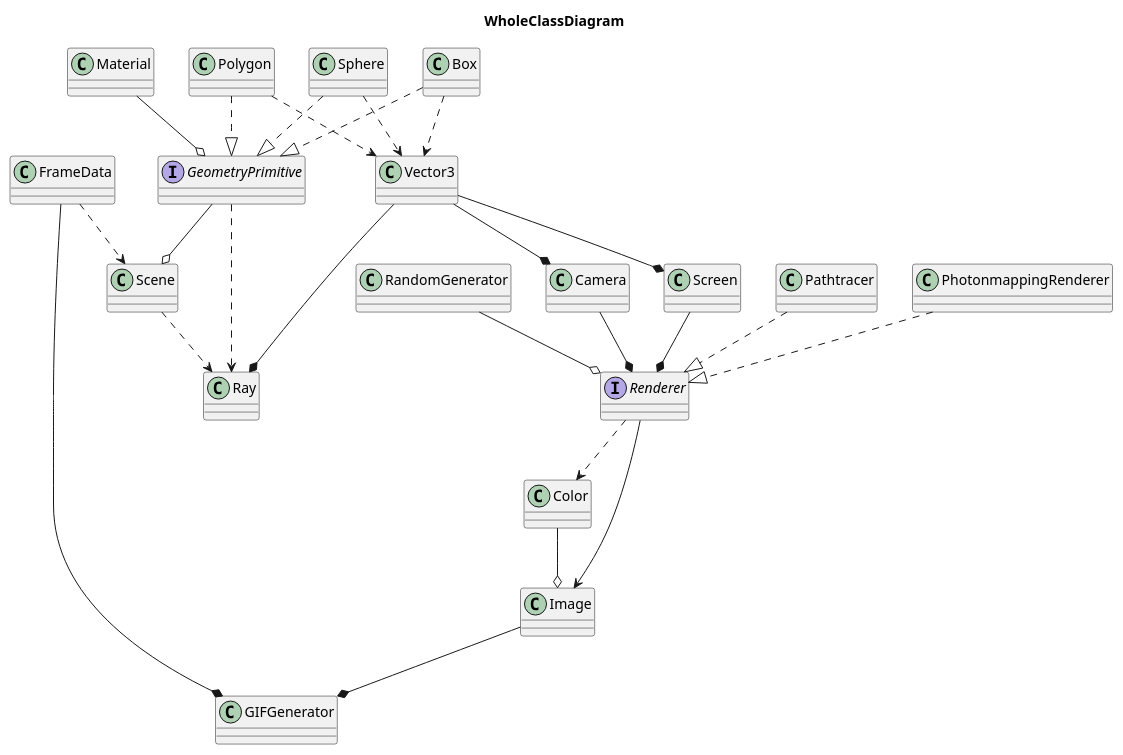
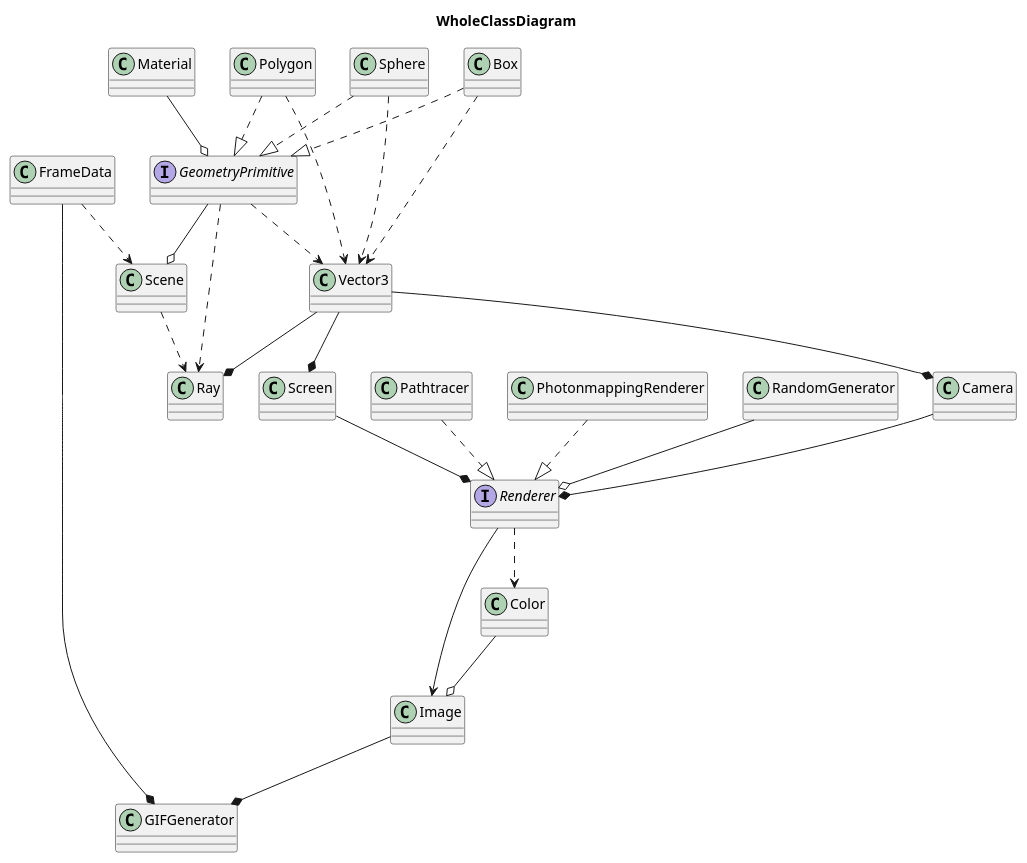
The diagram in Raydiant/class_diagram.pu (Nao-Shirotsu/PBRenderer_Raydiant), drawn with PlantUML before and after one commit. The commit also changed 7 other files, not shown here.

```diff
--- a/Raydiant/class_diagram.pu
+++ b/Raydiant/class_diagram.pu
@@ -1,32 +1,33 @@
 @startuml
 title WholeClassDiagram
 
 interface GeometryPrimitive
 interface Renderer
 
 Vector3 --* Ray
 Vector3 --* Camera
 Vector3 --* Screen
 GeometryPrimitive --o Scene
+GeometryPrimitive ..> Vector3
 Polygon ..|> GeometryPrimitive
 Sphere ..|> GeometryPrimitive
 Box ..|> GeometryPrimitive
 Material --o GeometryPrimitive
 GeometryPrimitive ..> Ray
 Polygon ..> Vector3
 Sphere ..> Vector3
 Box ..> Vector3
 Scene ..> Ray
 Screen --* Renderer
 Camera --* Renderer
 Renderer ..> Color
 Pathtracer ..|> Renderer
 PhotonmappingRenderer ..|> Renderer
 RandomGenerator --o Renderer
 Renderer --> Image
 Color --o Image
 Image --* GIFGenerator
 FrameData ..> Scene
 FrameData --* GIFGenerator
 
 @enduml
```
